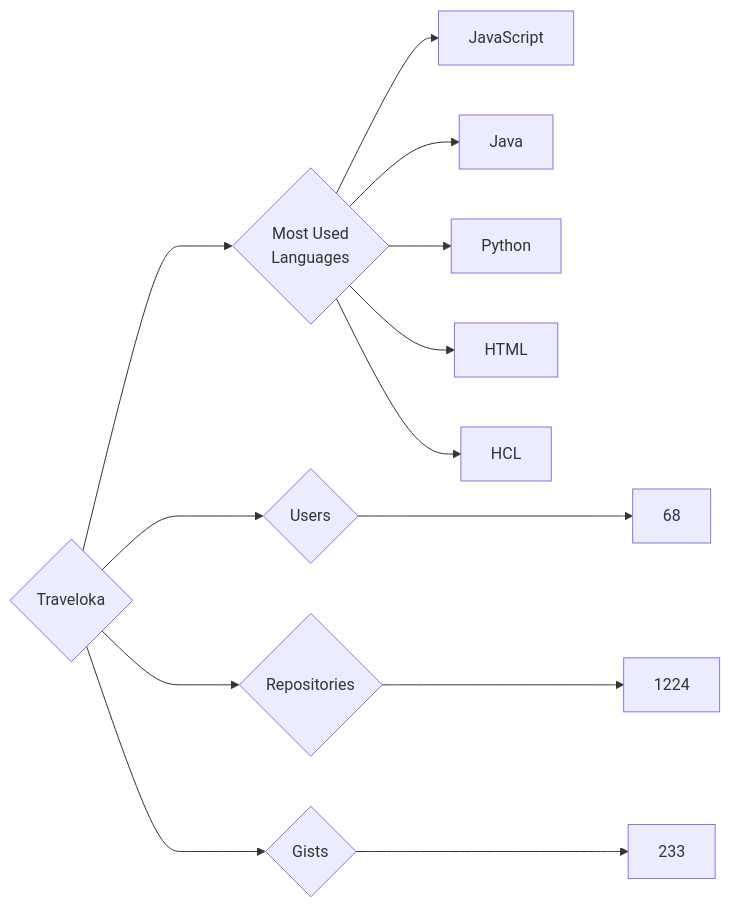
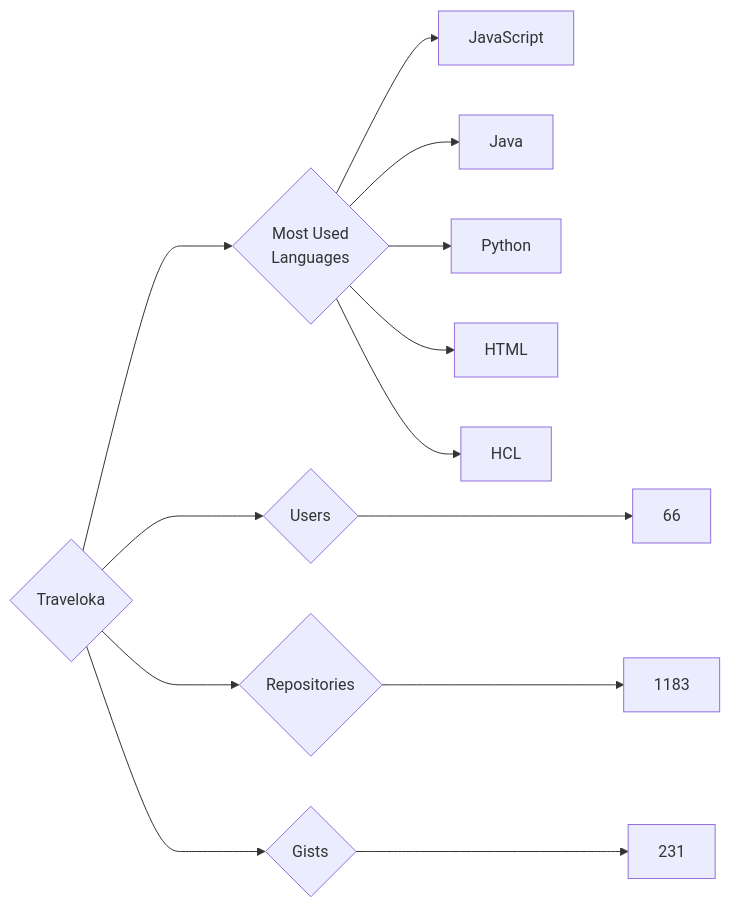
One commit to trickest/insiders changed the diagram in targets/Traveloka/README.md. Above: the diagram before and after it, drawn with Mermaid. The commit also changed 799 other files, not shown here.

````diff
--- a/targets/Traveloka/README.md
+++ b/targets/Traveloka/README.md
@@ -3,13 +3,13 @@
 ```mermaid
 graph LR
 COMPANY_NAME{Traveloka}
-COMPANY_NAME ---> U{Users} ---> UN[68]
-COMPANY_NAME ---> R{Repositories} ---> RN[1224]
-COMPANY_NAME ---> G{Gists} ---> GN[233]
+COMPANY_NAME ---> U{Users} ---> UN[66]
+COMPANY_NAME ---> R{Repositories} ---> RN[1183]
+COMPANY_NAME ---> G{Gists} ---> GN[231]
 COMPANY_NAME ---> ML{Most Used<br>Languages}
 ML --> JavaScript[JavaScript]
 ML --> Java[Java]
 ML --> Python[Python]
 ML --> HTML[HTML]
 ML --> HCL[HCL]
 ```
````
